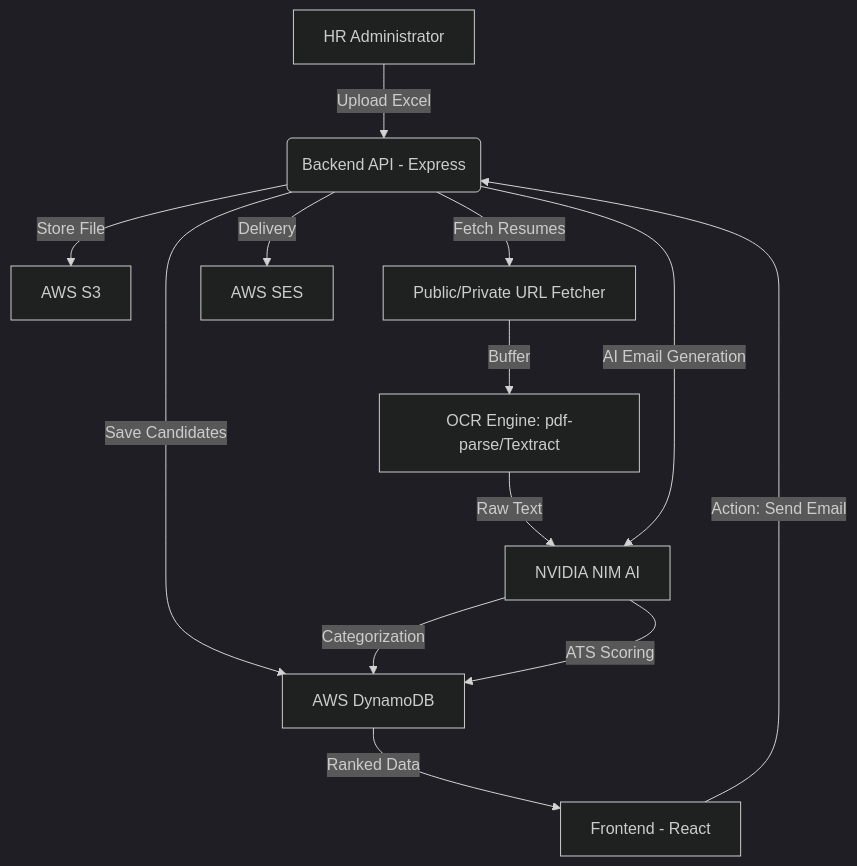
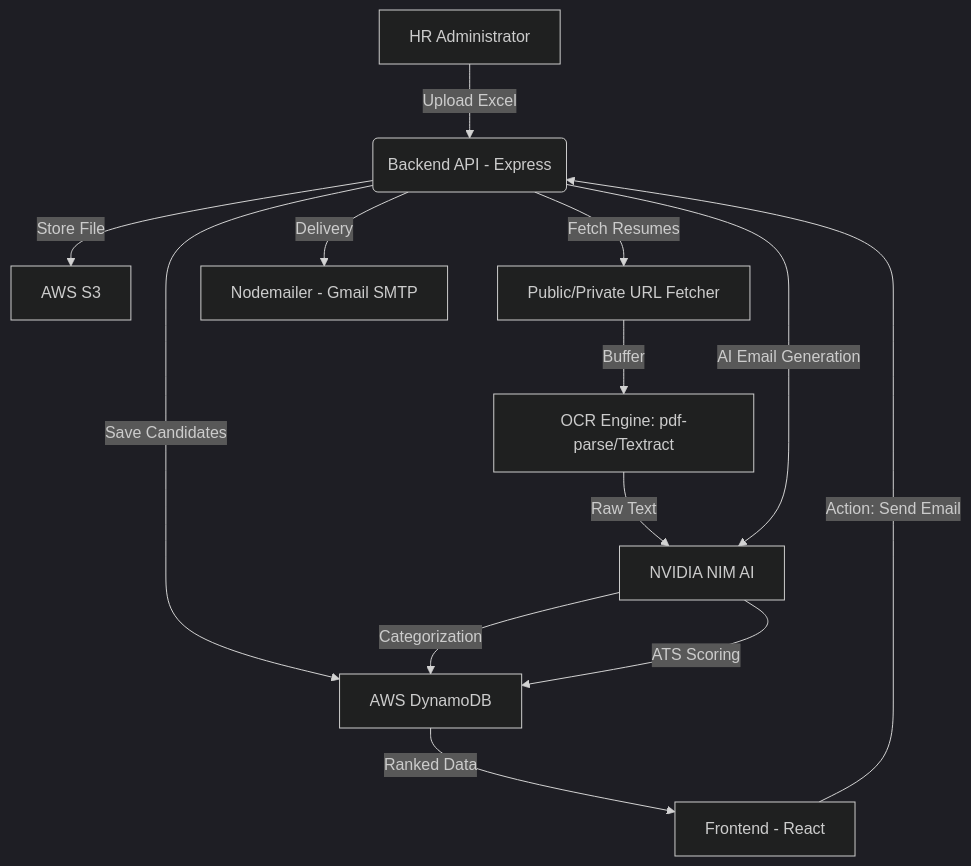
One commit to Prashantsng26/Precise-Hire changed the diagram in prd.md. Above: the diagram before and after it, drawn with Mermaid (dark theme). The commit also changed other lines of this file and 23 other files, not shown here.

````diff
--- a/prd.md
+++ b/prd.md
@@ -11,15 +11,15 @@
 ```mermaid
 graph TD
     A[HR Administrator] -->|Upload Excel| B(Backend API - Express)
     B -->|Store File| C[AWS S3]
     B -->|Save Candidates| D[AWS DynamoDB]
     B -->|Fetch Resumes| E[Public/Private URL Fetcher]
     E -->|Buffer| F[OCR Engine: pdf-parse/Textract]
     F -->|Raw Text| G[NVIDIA NIM AI]
     G -->|Categorization| D
     G -->|ATS Scoring| D
     D -->|Ranked Data| H[Frontend - React]
     H -->|Action: Send Email| B
     B -->|AI Email Generation| G
-    B -->|Delivery| I[AWS SES]
+    B -->|Delivery| I[Nodemailer - Gmail SMTP]
 ```
````
